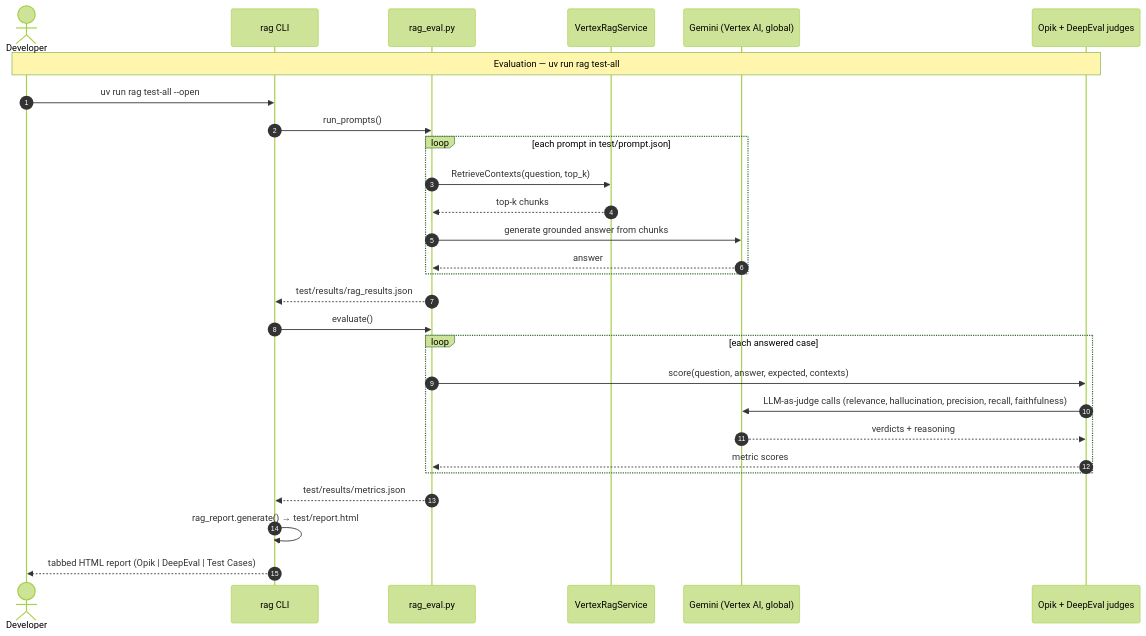
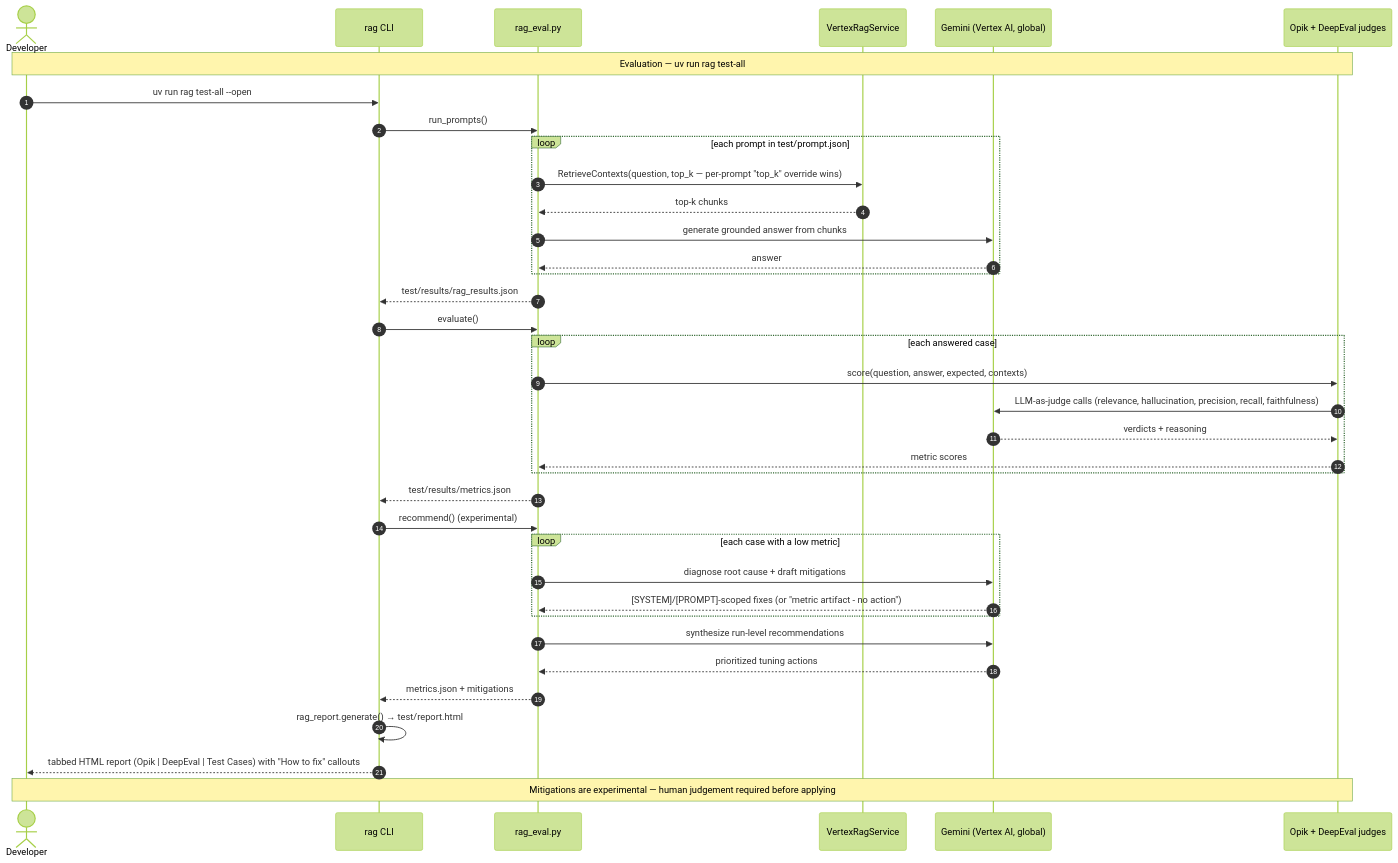
The sixth of 7 diagrams in README.md (vallabha108/vallabha-rag), drawn with Mermaid (forest theme) before and after one commit. The commit also changed other lines of this file, not shown here.

First line of the commit message:
Update README architecture diagrams and usage for the evaluation subsystem

````diff
--- a/README.md
+++ b/README.md
@@ -128,31 +183,40 @@
 ```mermaid
 sequenceDiagram
     autonumber
     actor Dev as Developer
     participant CLI as rag CLI
     participant Eval as rag_eval.py
     participant Query as VertexRagService
     participant Gemini as Gemini (Vertex AI, global)
     participant Judges as Opik + DeepEval judges
 
     Note over Dev,Judges: Evaluation — uv run rag test-all
     Dev->>CLI: uv run rag test-all --open
     CLI->>Eval: run_prompts()
     loop each prompt in test/prompt.json
-        Eval->>Query: RetrieveContexts(question, top_k)
+        Eval->>Query: RetrieveContexts(question, top_k — per-prompt "top_k" override wins)
         Query-->>Eval: top-k chunks
         Eval->>Gemini: generate grounded answer from chunks
         Gemini-->>Eval: answer
     end
     Eval-->>CLI: test/results/rag_results.json
     CLI->>Eval: evaluate()
     loop each answered case
         Eval->>Judges: score(question, answer, expected, contexts)
         Judges->>Gemini: LLM-as-judge calls (relevance, hallucination, precision, recall, faithfulness)
         Gemini-->>Judges: verdicts + reasoning
         Judges-->>Eval: metric scores
     end
     Eval-->>CLI: test/results/metrics.json
+    CLI->>Eval: recommend()  (experimental)
+    loop each case with a low metric
+        Eval->>Gemini: diagnose root cause + draft mitigations
+        Gemini-->>Eval: [SYSTEM]/[PROMPT]-scoped fixes (or "metric artifact - no action")
+    end
+    Eval->>Gemini: synthesize run-level recommendations
+    Gemini-->>Eval: prioritized tuning actions
+    Eval-->>CLI: metrics.json + mitigations
     CLI->>CLI: rag_report.generate() → test/report.html
-    CLI-->>Dev: tabbed HTML report (Opik | DeepEval | Test Cases)
+    CLI-->>Dev: tabbed HTML report (Opik | DeepEval | Test Cases) with "How to fix" callouts
+    Note over Dev,Judges: Mitigations are experimental — human judgement required before applying
 ```
````
